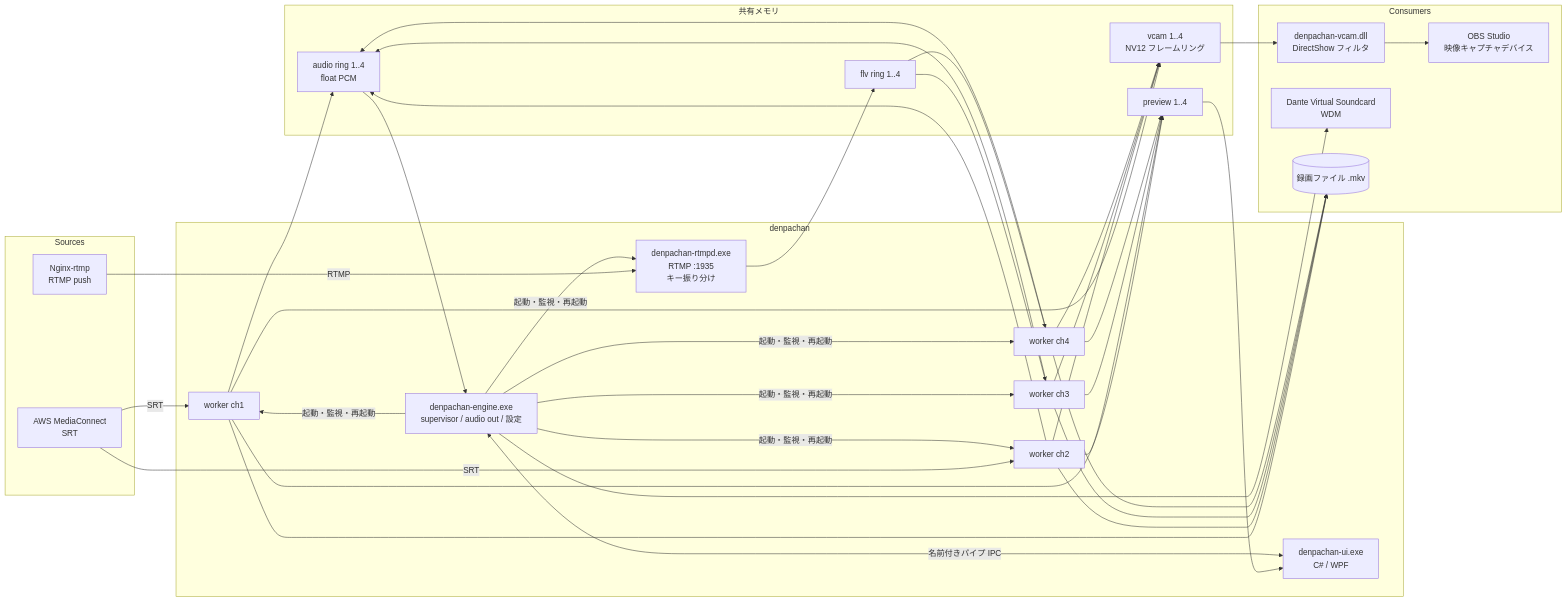
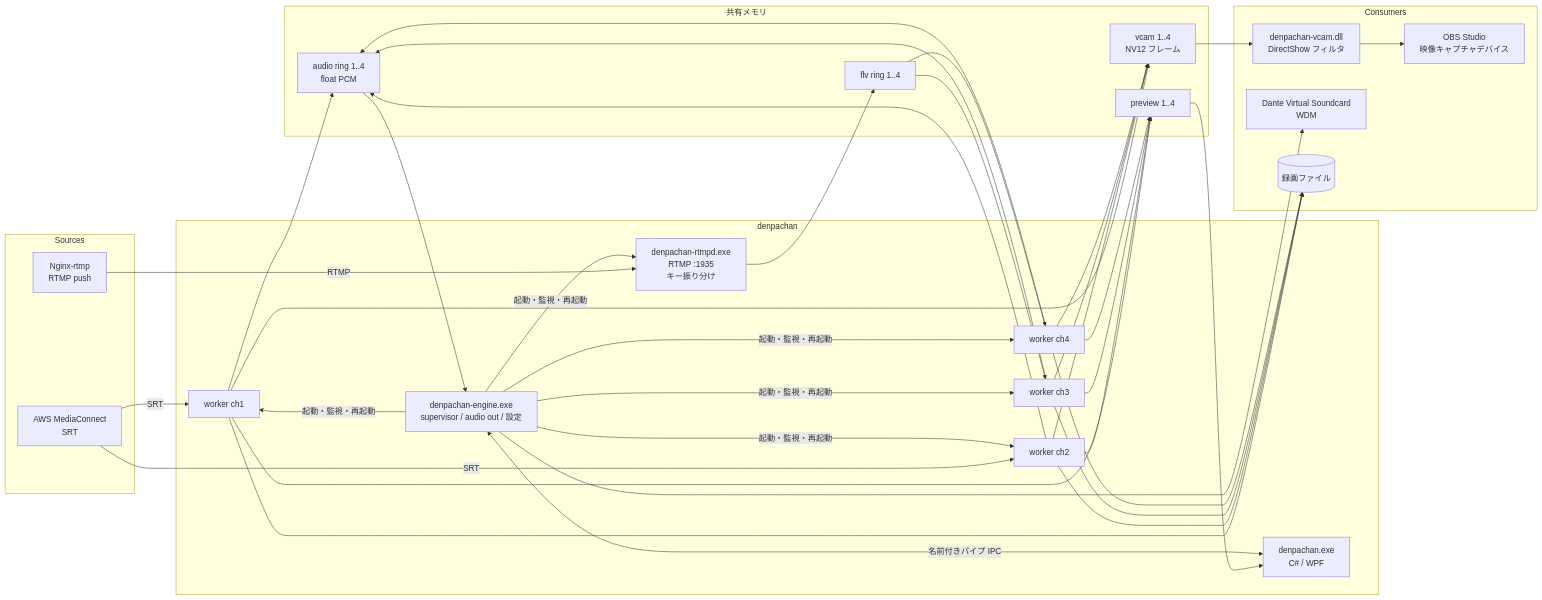
One commit to RTAinJapan/denpachan changed the second of 5 diagrams in docs/design.md. Above: the diagram before and after it, drawn with Mermaid. The commit also changed other lines of this file and 2 other files, not shown here.

````diff
--- a/docs/design.md
+++ b/docs/design.md
@@ -76,41 +55,41 @@
 ```mermaid
 flowchart LR
     subgraph Sources
         MC[AWS MediaConnect<br/>SRT]
         NG[Nginx-rtmp<br/>RTMP push]
     end
 
     subgraph denpachan
-        UI[denpachan-ui.exe<br/>C# / WPF]
+        UI[denpachan.exe<br/>C# / WPF]
         ENG[denpachan-engine.exe<br/>supervisor / audio out / 設定]
         GW[denpachan-rtmpd.exe<br/>RTMP :1935<br/>キー振り分け]
         W1[worker ch1]
         W2[worker ch2]
         W3[worker ch3]
         W4[worker ch4]
     end
 
     subgraph SharedMemory[共有メモリ]
-        VC[vcam 1..4<br/>NV12 フレームリング]
+        VC[vcam 1..4<br/>NV12 フレーム]
         AR[audio ring 1..4<br/>float PCM]
         PV[preview 1..4]
         FL[flv ring 1..4]
     end
 
     subgraph Consumers
         DSF[denpachan-vcam.dll<br/>DirectShow フィルタ]
         OBS[OBS Studio<br/>映像キャプチャデバイス]
         DVS[Dante Virtual Soundcard<br/>WDM]
-        FILE[(録画ファイル .mkv)]
+        FILE[(録画ファイル)]
     end
 
     MC -- SRT --> W1 & W2
     NG -- RTMP --> GW --> FL --> W3 & W4
     W1 & W2 & W3 & W4 --> VC & AR & PV
     W1 & W2 & W3 & W4 --> FILE
     ENG -- 起動・監視・再起動 --> GW & W1 & W2 & W3 & W4
     AR --> ENG --> DVS
     VC --> DSF --> OBS
     UI <-- 名前付きパイプ IPC --> ENG
     PV --> UI
 ```
````
